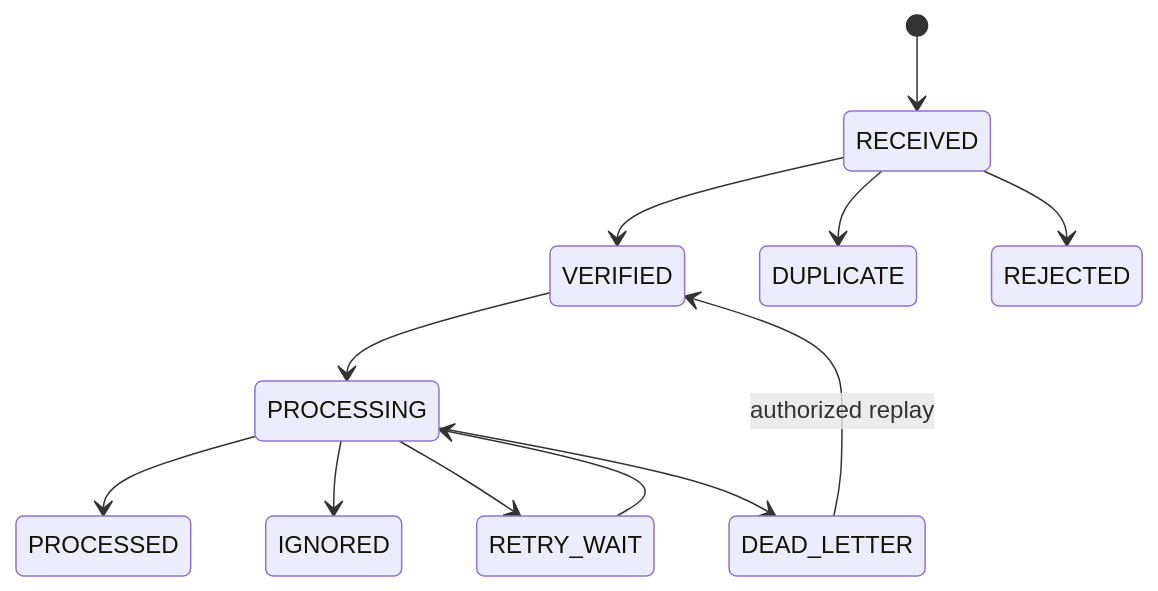
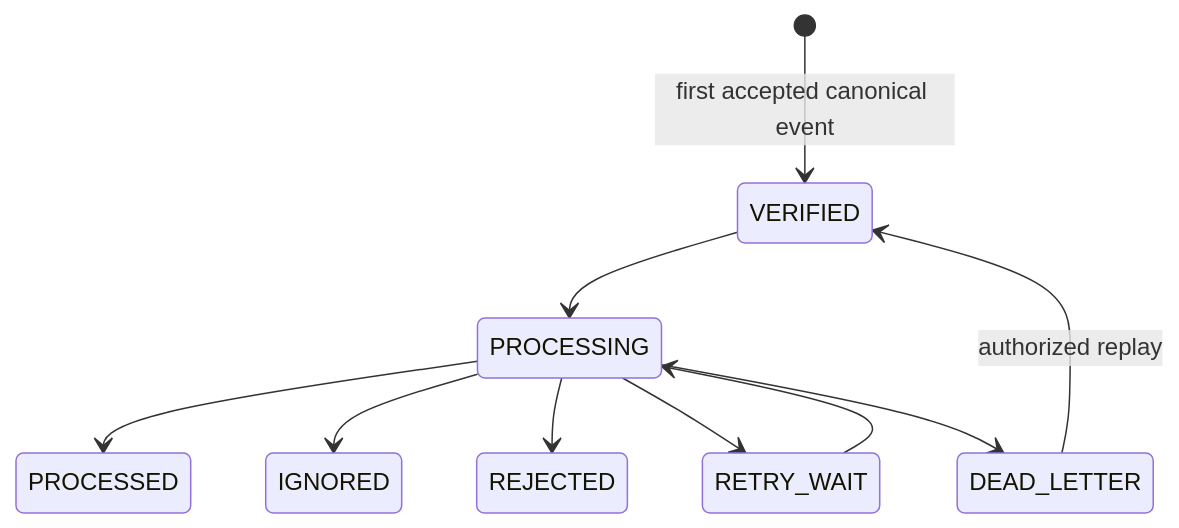
One commit to allinai0506/HAFlow changed the diagram in docs/architecture/active-intake-v1-connector.md. Above: the diagram before and after it, drawn with Mermaid. The commit also changed other lines of this file and 2 other files, not shown here.

````diff
--- a/docs/architecture/active-intake-v1-connector.md
+++ b/docs/architecture/active-intake-v1-connector.md
@@ -149,14 +151,12 @@
 ```mermaid
 stateDiagram-v2
-  [*] --> RECEIVED
-  RECEIVED --> VERIFIED
-  RECEIVED --> DUPLICATE
-  RECEIVED --> REJECTED
+  [*] --> VERIFIED: first accepted canonical event
   VERIFIED --> PROCESSING
   PROCESSING --> PROCESSED
   PROCESSING --> IGNORED
+  PROCESSING --> REJECTED
   PROCESSING --> RETRY_WAIT
   PROCESSING --> DEAD_LETTER
   RETRY_WAIT --> PROCESSING
   DEAD_LETTER --> VERIFIED: authorized replay
 ```
````
